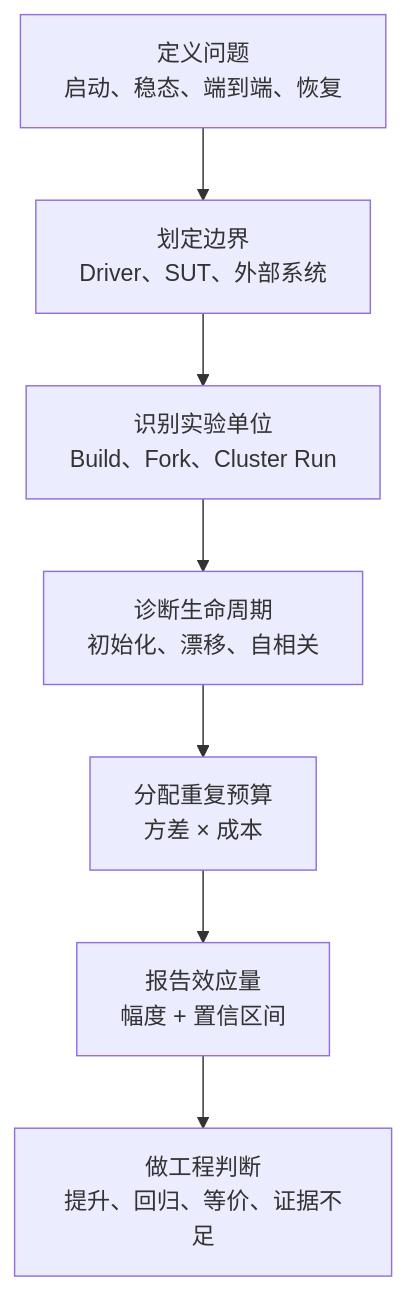
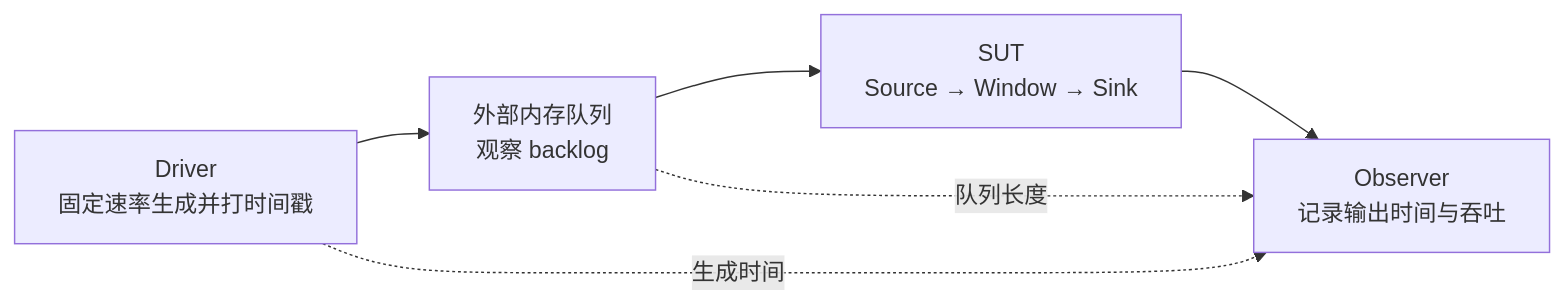
The first of 2 diagrams in content/posts/rigorous-java-stream-benchmarking.md (nzw921rx/nzw921rx-blog), drawn with Mermaid before and after one commit. The commit also changed other lines of this file, not shown here.

````diff
--- a/content/posts/rigorous-java-stream-benchmarking.md
+++ b/content/posts/rigorous-java-stream-benchmarking.md
@@ -74,9 +328,8 @@
 ```mermaid
-flowchart TB
-    A["定义问题<br/>启动、稳态、端到端、恢复"] --> B["划定边界<br/>Driver、SUT、外部系统"]
-    B --> C["识别实验单位<br/>Build、Fork、Cluster Run"]
-    C --> D["诊断生命周期<br/>初始化、漂移、自相关"]
-    D --> E["分配重复预算<br/>方差 × 成本"]
-    E --> F["报告效应量<br/>幅度 + 置信区间"]
-    F --> G["做工程判断<br/>提升、回归、等价、证据不足"]
+flowchart LR
+    D["Driver<br/>固定速率生成并打时间戳"] --> Q["外部内存队列<br/>观察 backlog"]
+    Q --> S["SUT<br/>Source → Window → Sink"]
+    S --> O["Observer<br/>记录输出时间与吞吐"]
+    D -. "生成时间" .-> O
+    Q -. "队列长度" .-> O
 ```
````
